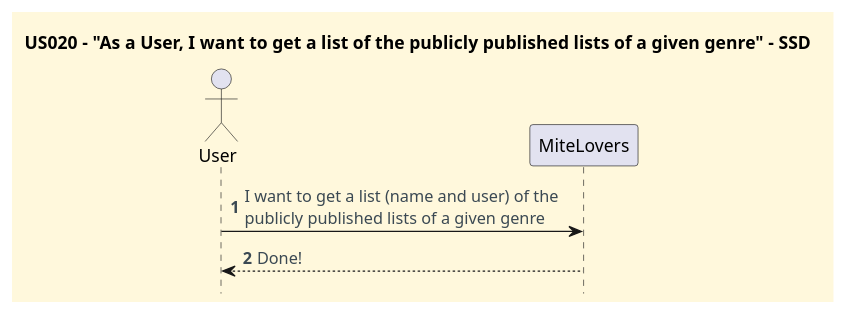
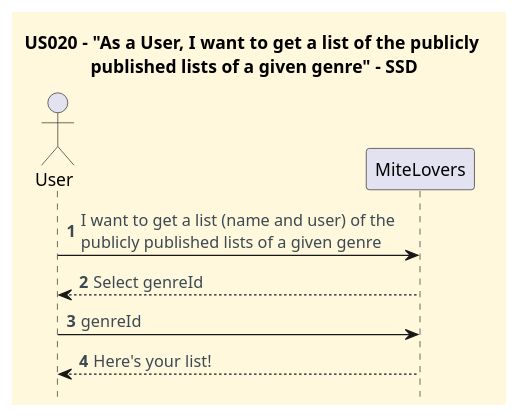
One commit to CarolinaLeite-collab/JavaMarketplacePlatform changed the diagram in docs/user-stories/US020/US020_get_a_list_given_genres_SSD.puml. Above: the diagram before and after it, drawn with PlantUML. The commit also changed 2 other files, not shown here.

Commit message:
docs: updated SSD, SD and CD to reflect the implementation of DDD for US020, closes #585

```diff
--- a/docs/user-stories/US020/US020_get_a_list_given_genres_SSD.puml
+++ b/docs/user-stories/US020/US020_get_a_list_given_genres_SSD.puml
@@ -1,26 +1,27 @@
 @startuml
-title US020 - "As a User, I want to get a list of the publicly published lists of a given genre" - SSD
+title US020 - "As a User, I want to get a list of the publicly \npublished lists of a given genre" - SSD
 hidefootbox
 
 '==== basic style ====
 skinparam monochrome false
 skinparam shadowing false
 skinparam defaultFontName Futura
 skinparam objectFontSize 20
 skinparam backgroundColor CornSilk
 skinparam objectBackgroundColor WhiteSmoke
 skinparam noteBackgroundColor #FFFFE0
 skinparam ArrowFontColor #3B4953
 skinparam ActivationBackgroundColor black
 
 autonumber
 autoactivate off
 
 actor User
 participant "MiteLovers" as System
 
 User -> System: I want to get a list (name and user) of the \npublicly published lists of a given genre
-System --> User: Done!
-
+System --> User: Select genreId
+User -> System: genreId
+System --> User: Here's your list!
 
 @enduml
```
